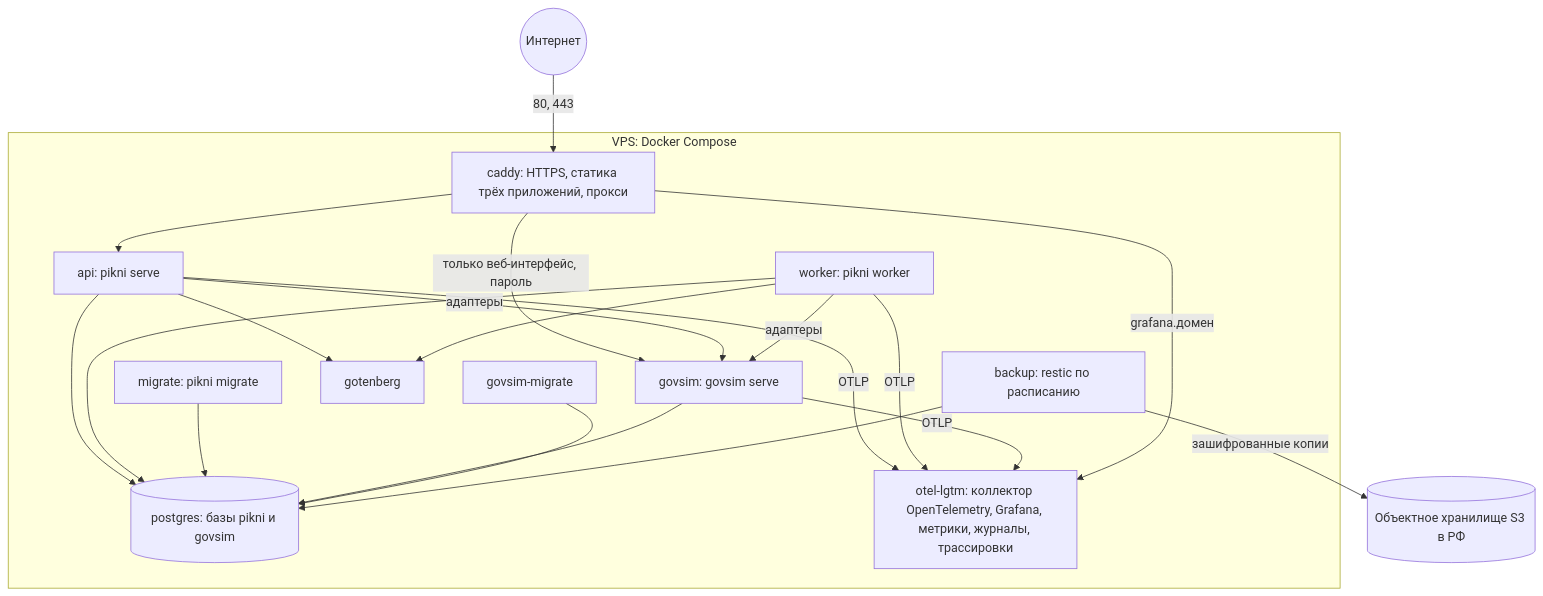
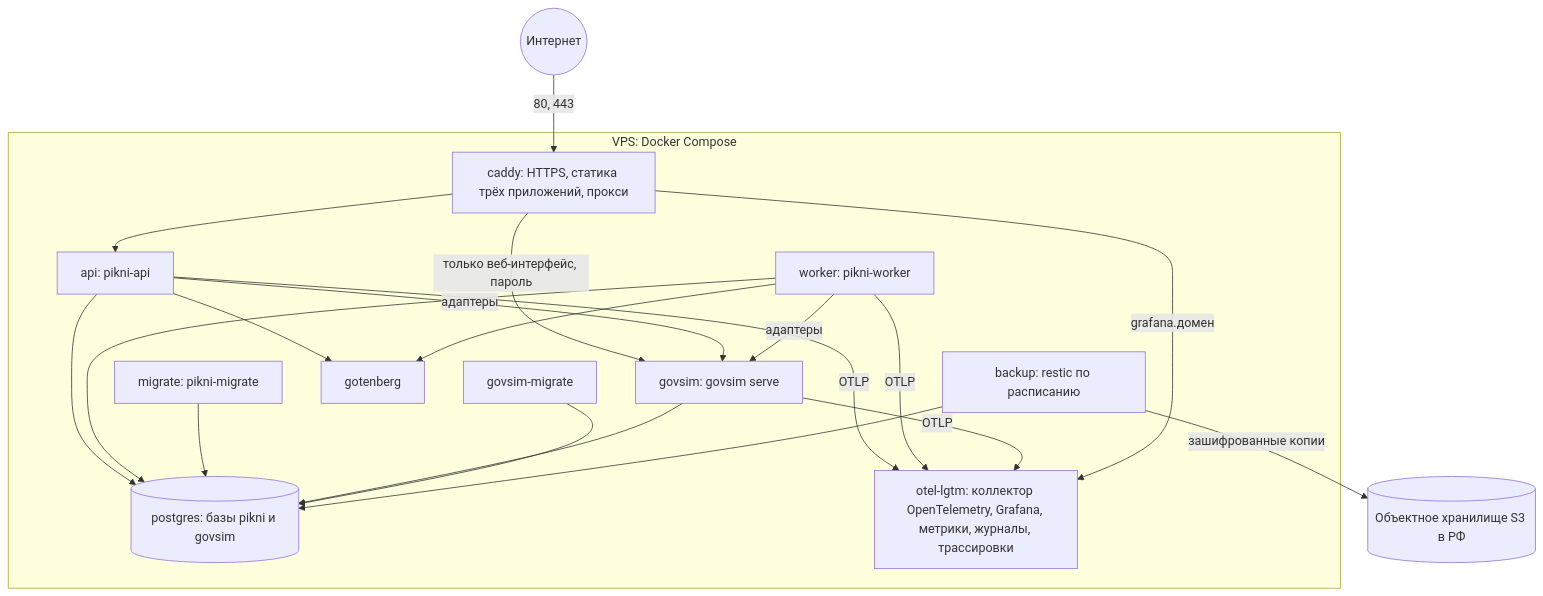
The first of 2 diagrams in docs/design/infra.md (ADEXITUM/pikni), drawn with Mermaid before and after one commit. The commit also changed other lines of this file and 3 other files, not shown here.

Commit message:
docs: split api and worker binaries, add regional alcohol sale rules

````diff
--- a/docs/design/infra.md
+++ b/docs/design/infra.md
@@ -31,32 +31,32 @@
 ```mermaid
 flowchart TB
   NET((Интернет)) -->|80, 443| CADDY
   subgraph VPS [VPS: Docker Compose]
     CADDY[caddy: HTTPS, статика трёх приложений, прокси]
-    API[api: pikni serve]
-    WRK[worker: pikni worker]
-    MIG[migrate: pikni migrate]
+    API[api: pikni-api]
+    WRK[worker: pikni-worker]
+    MIG[migrate: pikni-migrate]
     GS[govsim: govsim serve]
     GMIG[govsim-migrate]
     PG[(postgres: базы pikni и govsim)]
     GOT[gotenberg]
     BAK[backup: restic по расписанию]
     OBS[otel-lgtm: коллектор OpenTelemetry, Grafana, метрики, журналы, трассировки]
   end
   S3[(Объектное хранилище S3 в РФ)]
   API & WRK & GS -->|OTLP| OBS
   CADDY -->|grafana.домен| OBS
   CADDY --> API
   CADDY -->|только веб-интерфейс, пароль| GS
   API --> PG
   WRK --> PG
   MIG --> PG
   GS --> PG
   GMIG --> PG
   API -->|адаптеры| GS
   WRK -->|адаптеры| GS
   API --> GOT
   WRK --> GOT
   BAK --> PG
   BAK -->|зашифрованные копии| S3
 ```
````
